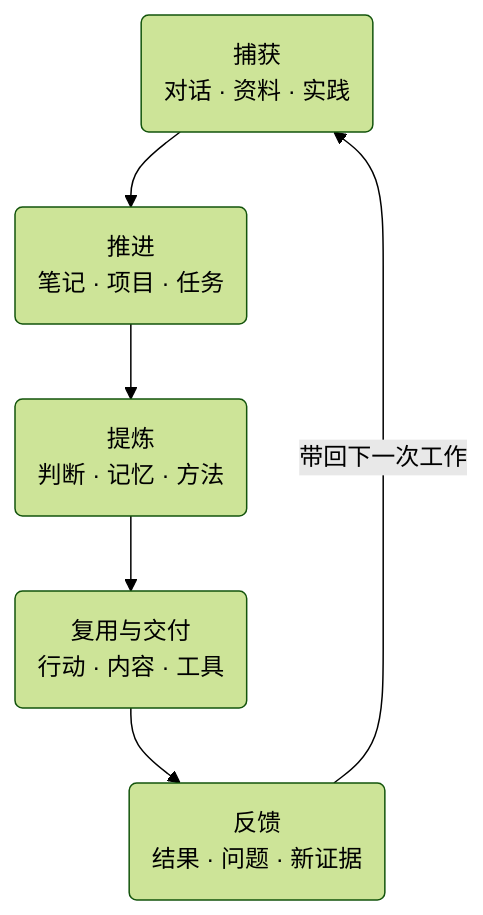
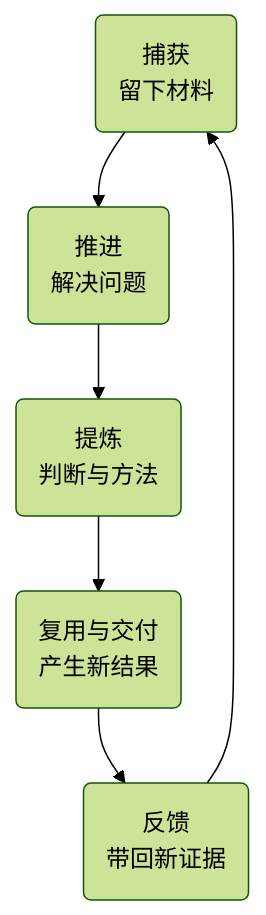
Before and after one commit to VirusPC/edges: the diagram in README.md, drawn with Mermaid (forest theme).

Commit message:
docs: 精简循环图标签以避免中文断行

````diff
--- a/README.md
+++ b/README.md
@@ -43,8 +43,8 @@
 ```mermaid
 flowchart TB
-    A("捕获<br/>对话 · 资料 · 实践") --> B("推进<br/>笔记 · 项目 · 任务")
-    B --> C("提炼<br/>判断 · 记忆 · 方法")
-    C --> D("复用与交付<br/>行动 · 内容 · 工具")
-    D --> E("反馈<br/>结果 · 问题 · 新证据")
-    E -->|带回下一次工作| A
+    A("捕获<br/>留下材料") --> B("推进<br/>解决问题")
+    B --> C("提炼<br/>判断与方法")
+    C --> D("复用与交付<br/>产生新结果")
+    D --> E("反馈<br/>带回新证据")
+    E --> A
 ```
````
